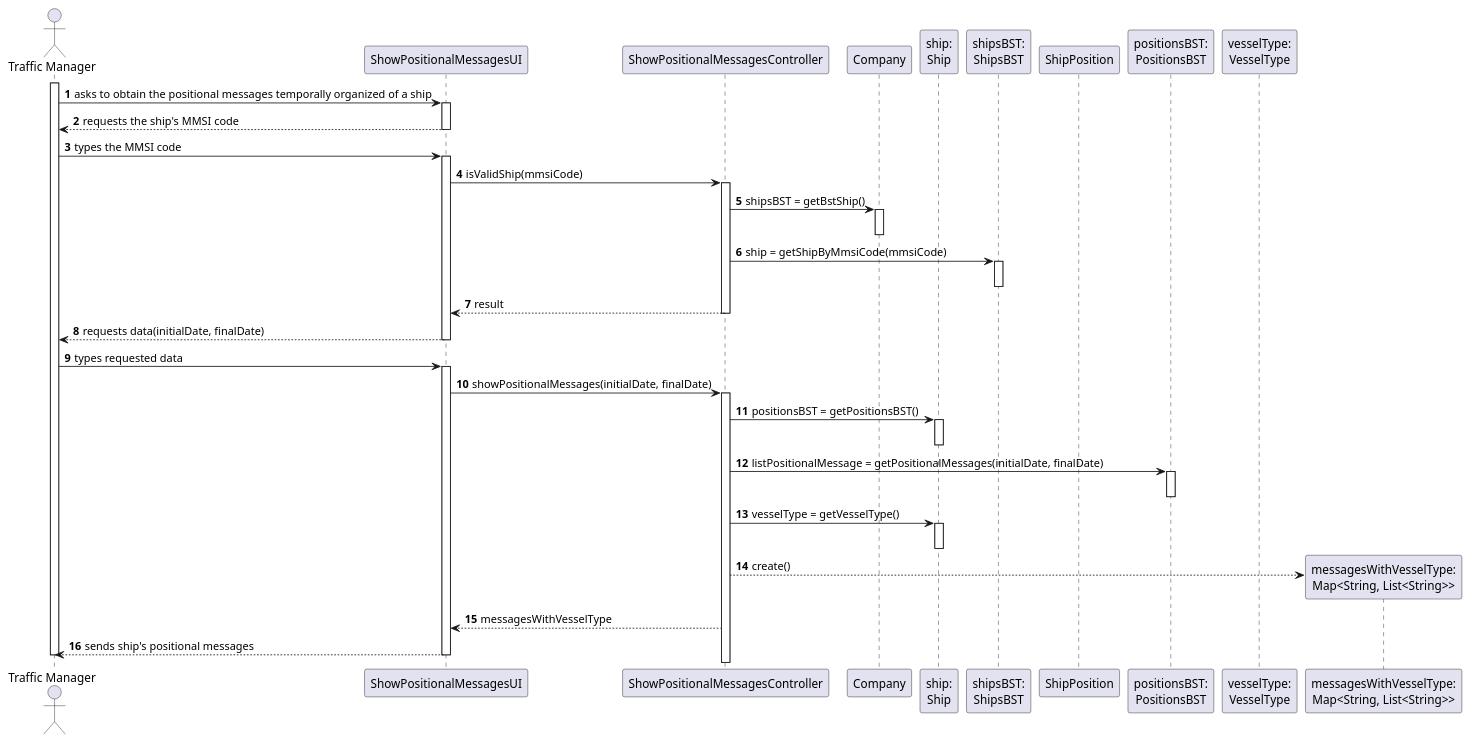
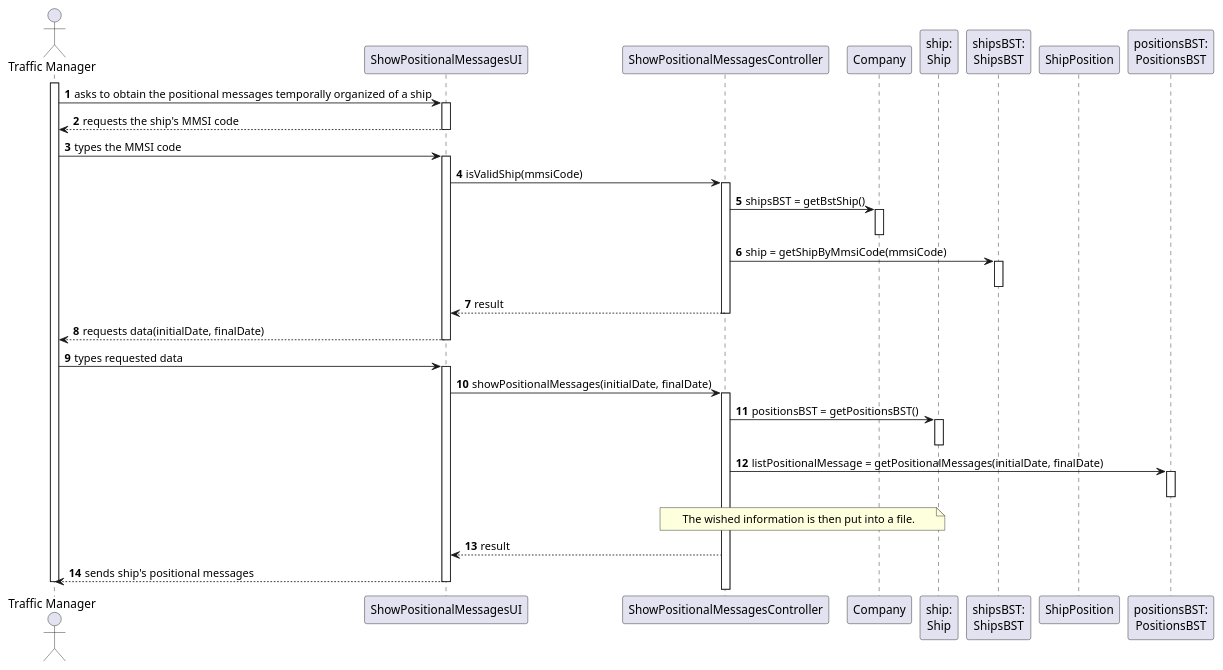
Before and after one commit to ana-albergaria/LAPR3-ISEP: the diagram in docs/US103/US103_SD.puml, drawn with PlantUML. The commit also changed 6 other files, not shown here.

```diff
--- a/docs/US103/US103_SD.puml
+++ b/docs/US103/US103_SD.puml
@@ -1,57 +1,60 @@
 @startuml
 
 autonumber
 actor "Traffic Manager" as TM
 
 participant "ShowPositionalMessagesUI" as UI
 participant "ShowPositionalMessagesController" as CTRL
 participant "Company" as COMP
 participant "ship:\nShip" as S
 participant "shipsBST:\nShipsBST" as BstShip
 participant "ShipPosition" as SP
 participant "positionsBST:\nPositionsBST" as BstPosition
-participant "vesselType:\nVesselType" as VESSEL_TYPE
-participant "messagesWithVesselType:\nMap<String, List<String>>" as MAP
+/'participant "vesselType:\nVesselType" as VESSEL_TYPE'/
+/'participant "messagesWithVesselType:\nMap<String, List<String>>" as MAP'/
 
 
 activate TM
 TM -> "UI" : asks to obtain the positional messages temporally organized of a ship
 activate "UI"
 "UI" --> TM : requests the ship's MMSI code
 deactivate "UI"
 TM -> "UI" : types the MMSI code
 activate "UI"
 UI -> CTRL : isValidShip(mmsiCode)
 activate CTRL
 CTRL -> COMP : shipsBST = getBstShip()
 activate COMP
 deactivate COMP
 CTRL -> BstShip : ship = getShipByMmsiCode(mmsiCode)
 activate BstShip
 deactivate BstShip
 CTRL --> UI : result
 deactivate CTRL
 "UI" --> TM : requests data(initialDate, finalDate)
 deactivate "UI"
 TM -> "UI" : types requested data
 activate "UI"
 UI -> CTRL : showPositionalMessages(initialDate, finalDate)
 activate CTRL
 CTRL -> S : positionsBST = getPositionsBST()
 activate S
 deactivate S
 CTRL -> BstPosition : listPositionalMessage = getPositionalMessages(initialDate, finalDate)
 activate BstPosition
 deactivate BstPosition
-CTRL -> S : vesselType = getVesselType()
+/'CTRL -> S : vesselType = getVesselType()
 activate S
-deactivate S
-CTRL --> MAP** : create()
-CTRL --> UI : messagesWithVesselType
+deactivate S'/
+/'CTRL --> MAP** : create()'/
+note over CTRL, COMP
+The wished information is then put into a file.
+end note
+CTRL --> UI : result
 "UI" --> TM : sends ship's positional messages
 
 deactivate "UI"
 
 deactivate TM
 
 @enduml
```
